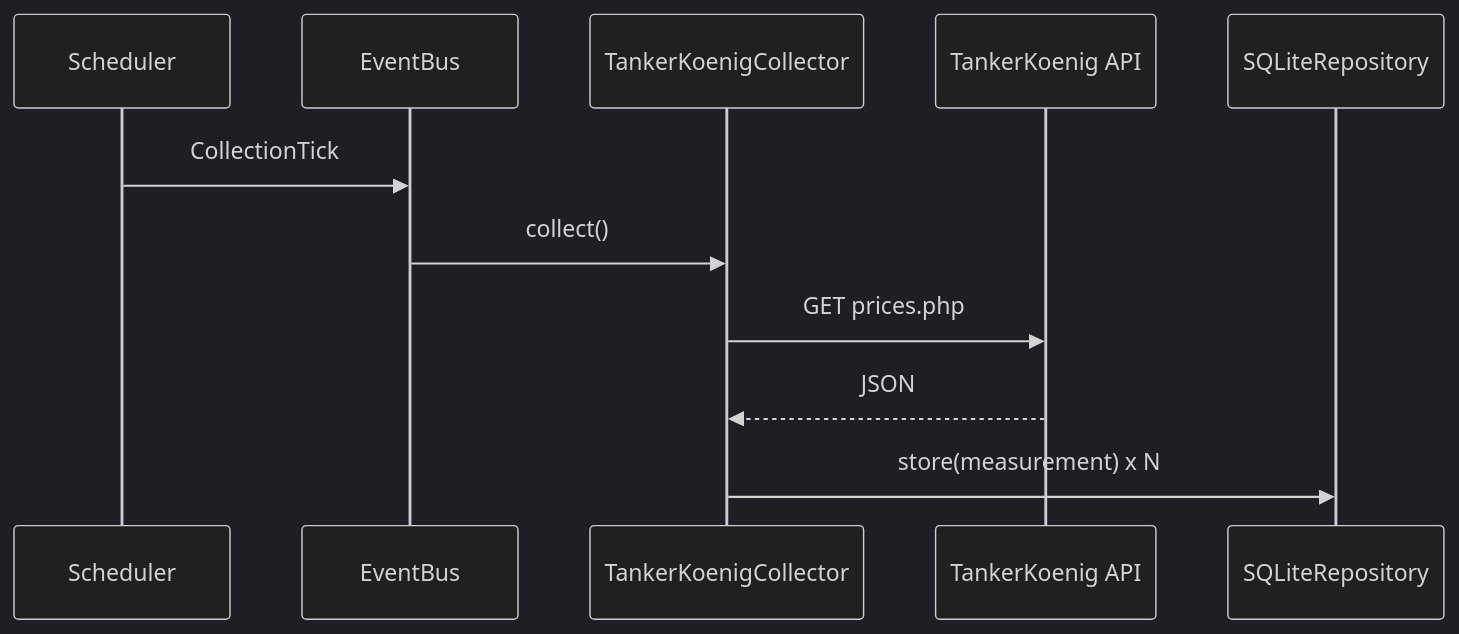
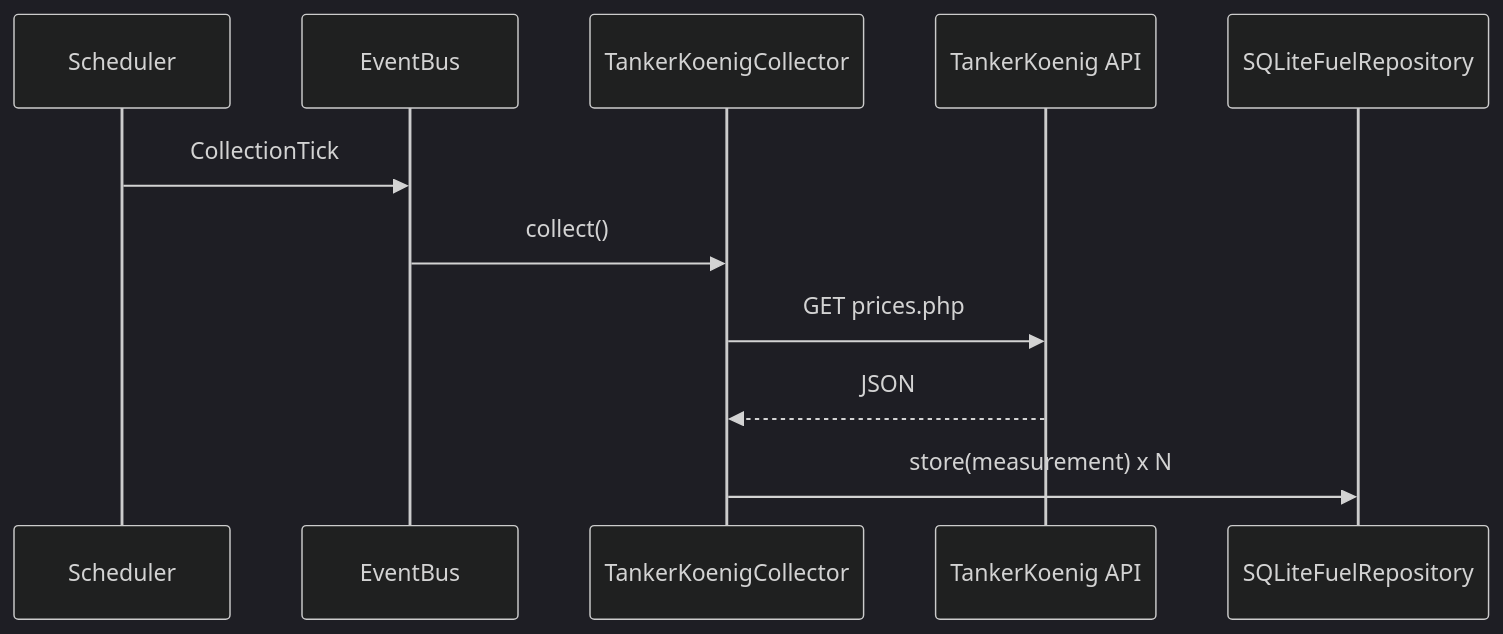
Before and after one commit to FelixHommel/FuelPulse: the third of 4 diagrams in docs/architecture/FuelModule.md, drawn with Mermaid (dark theme). The commit also changed other lines of this file, not shown here.

````diff
--- a/docs/architecture/FuelModule.md
+++ b/docs/architecture/FuelModule.md
@@ -214,17 +193,17 @@
 ```mermaid
 sequenceDiagram
   participant Scheduler
   participant EventBus
   participant TankerKoenigCollector
   participant TankerKoenig API
-  participant SQLiteRepository
+  participant SQLiteFuelRepository
 
   Scheduler ->> EventBus: CollectionTick
 
   EventBus ->> TankerKoenigCollector: collect()
 
   TankerKoenigCollector ->> TankerKoenig API: GET prices.php
   TankerKoenig API -->> TankerKoenigCollector: JSON
 
-  TankerKoenigCollector ->> SQLiteRepository: store(measurement) x N
+  TankerKoenigCollector ->> SQLiteFuelRepository: store(measurement) x N
 ```
````
